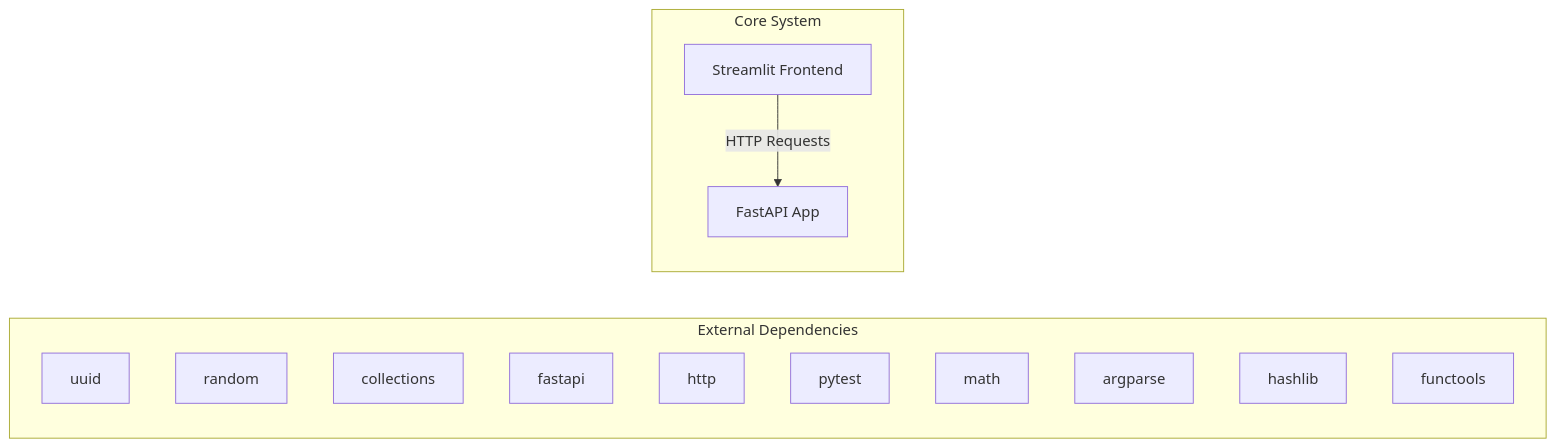
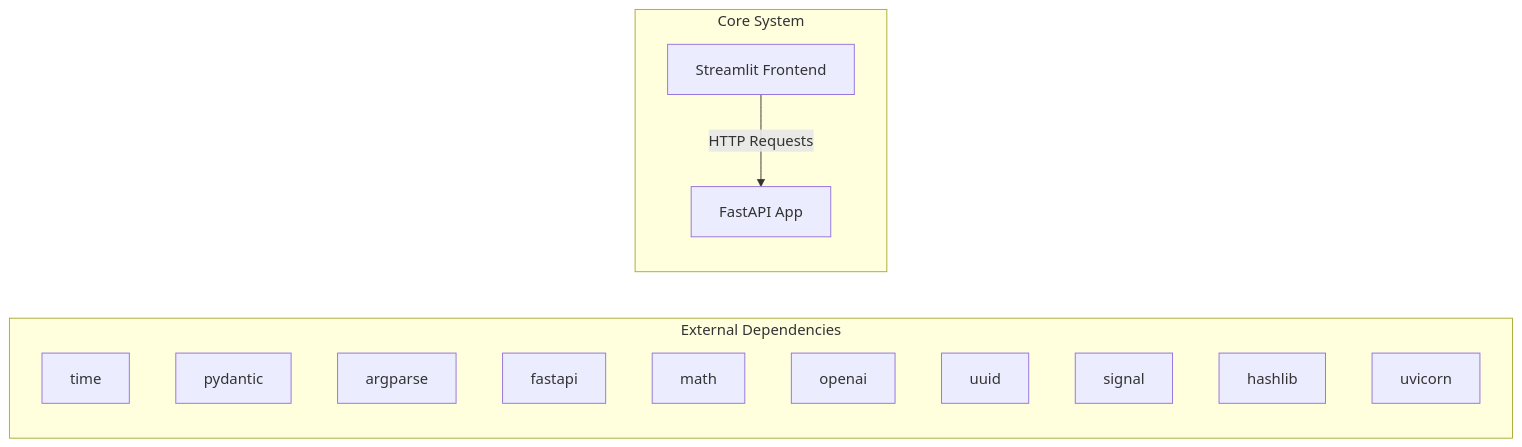
One commit to NITISH-R-G/rag-context-optimizer changed the first of 2 diagrams in docs/architecture.md. Above: the diagram before and after it, drawn with Mermaid. The commit also changed 1 other file, not shown here.

Commit message:
docs: auto-update repository knowledge, architecture diagrams, and documentation

````diff
--- a/docs/architecture.md
+++ b/docs/architecture.md
@@ -7,20 +7,20 @@
 ```mermaid
 graph LR
     subgraph External Dependencies
-        E0["uuid"]
-        E1["random"]
-        E2["collections"]
+        E0["time"]
+        E1["pydantic"]
+        E2["argparse"]
         E3["fastapi"]
-        E4["http"]
-        E5["pytest"]
-        E6["math"]
-        E7["argparse"]
+        E4["math"]
+        E5["openai"]
+        E6["uuid"]
+        E7["signal"]
         E8["hashlib"]
-        E9["functools"]
+        E9["uvicorn"]
     end
     subgraph Core System
         API["FastAPI App"]
         UI["Streamlit Frontend"]
     end
     UI -->|HTTP Requests| API
 ```
````
